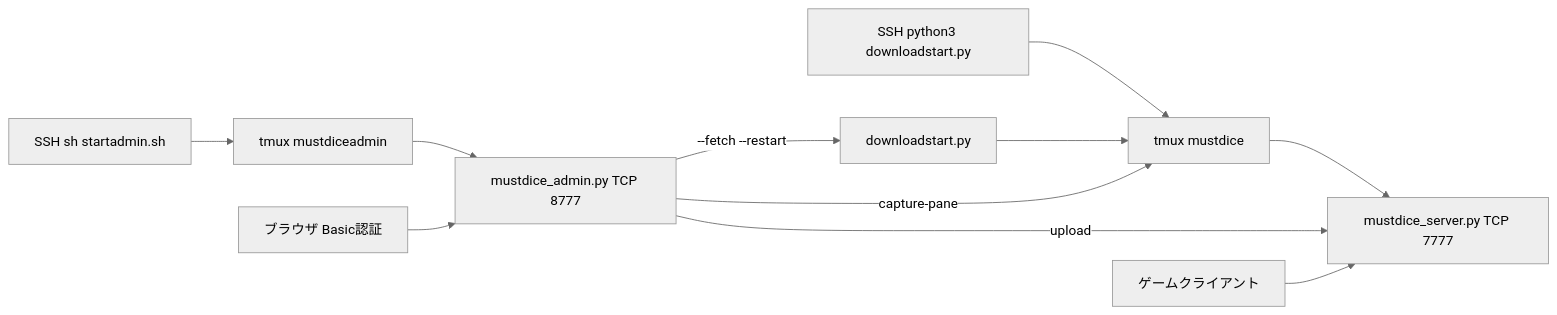
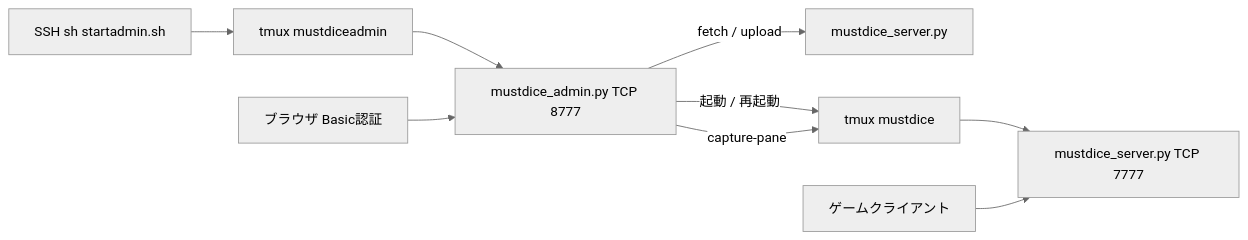
Before and after one commit to realryo1/MustDice: the diagram in document_ingame/server.md, drawn with Mermaid (neutral theme). The commit also changed other lines of this file and 5 other files, not shown here.

````diff
--- a/document_ingame/server.md
+++ b/document_ingame/server.md
@@ -37,13 +37,11 @@
 ```mermaid
 flowchart LR
-  sshGame[SSH python3 downloadstart.py] --> tmuxGame[tmux mustdice]
-  tmuxGame --> game[mustdice_server.py TCP 7777]
   sshAdmin[SSH sh startadmin.sh] --> tmuxAdmin[tmux mustdiceadmin]
   tmuxAdmin --> admin[mustdice_admin.py TCP 8777]
-  admin -->|"--fetch --restart"| downloadstart[downloadstart.py]
-  admin -->|"upload"| game
-  downloadstart --> tmuxGame
+  admin -->|"fetch / upload"| gameFile[mustdice_server.py]
+  admin -->|"起動 / 再起動"| tmuxGame[tmux mustdice]
+  tmuxGame --> game[mustdice_server.py TCP 7777]
   admin -->|"capture-pane"| tmuxGame
   client[ゲームクライアント] --> game
   browser[ブラウザ Basic認証] --> admin
 ```
````
